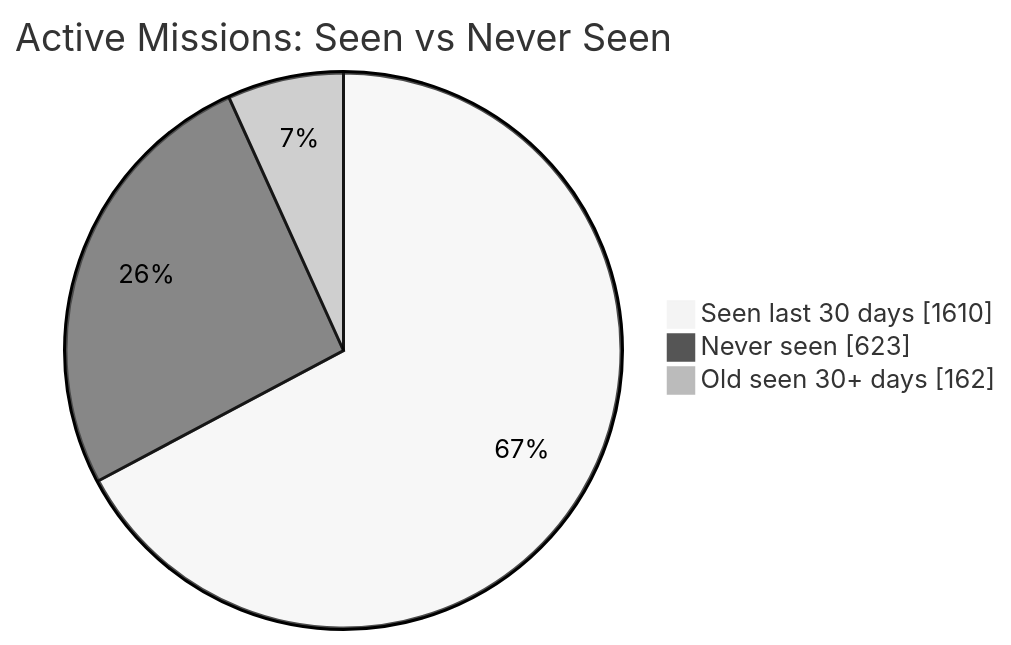
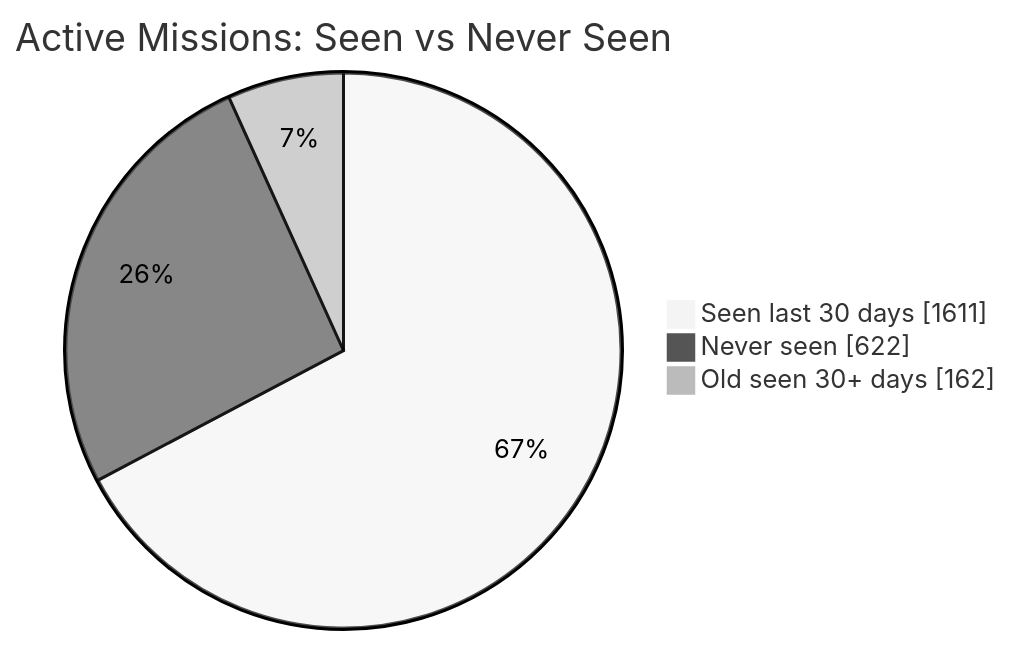
Before and after one commit to MeldkamerspelGameTeam/active-missions: the first of 2 diagrams in README.md, drawn with Mermaid (neutral theme). The commit also changed other lines of this file and 2 other files, not shown here.

````diff
--- a/README.md
+++ b/README.md
@@ -34,7 +34,7 @@
 ```mermaid
 pie showData
     title Active Missions: Seen vs Never Seen
-    "Seen last 30 days" : 1610
-    "Never seen" : 623
+    "Seen last 30 days" : 1611
+    "Never seen" : 622
     "Old seen 30+ days" : 162
 ```
````
